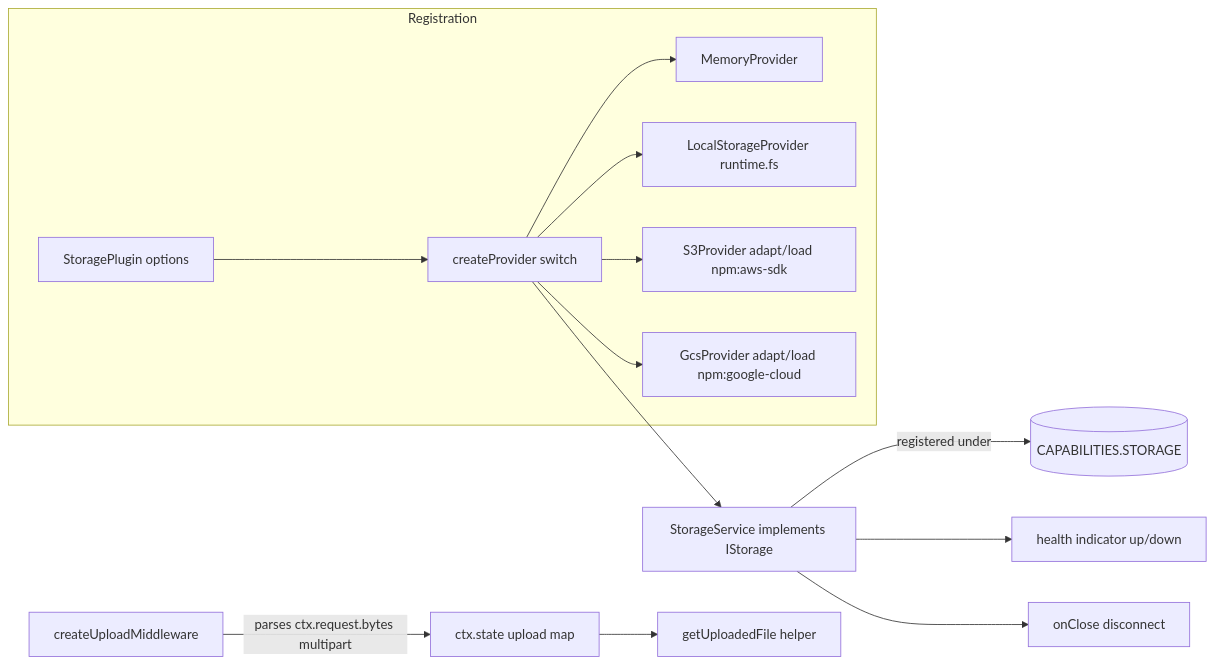
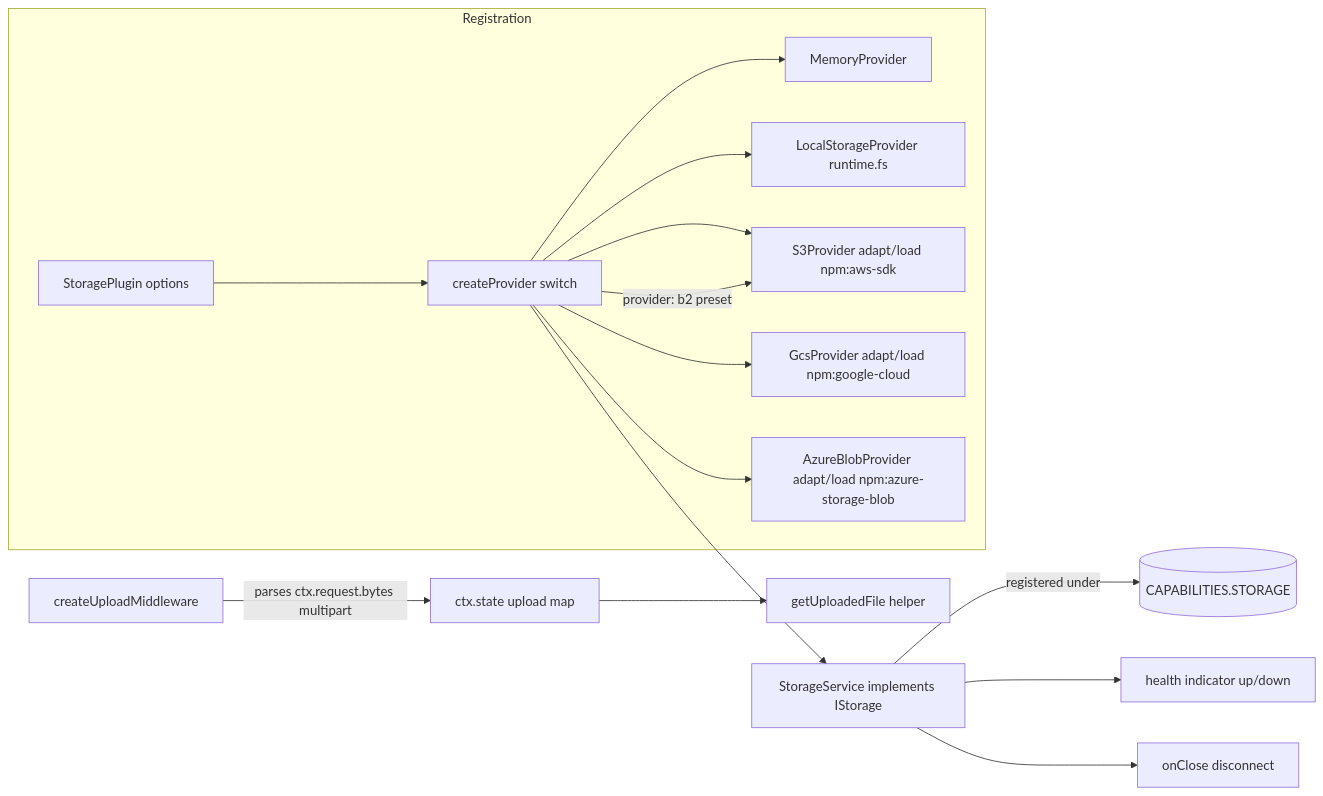
The diagram in plans/milestone-28-storage-plugin.md (setu-ts/setu-ts), drawn with Mermaid before and after one commit. The commit also changed other lines of this file, not shown here.

First line of the commit message:
docs(storage-plugin): M28 plan — 5 providers + b2 preset, optional getStream

````diff
--- a/plans/milestone-28-storage-plugin.md
+++ b/plans/milestone-28-storage-plugin.md
@@ -66,16 +75,18 @@
 ```mermaid
 flowchart LR
   subgraph Registration
     P[StoragePlugin options] --> CP[createProvider switch]
     CP --> MEM[MemoryProvider]
     CP --> LOC[LocalStorageProvider runtime.fs]
     CP --> S3[S3Provider adapt/load npm:aws-sdk]
     CP --> GCS[GcsProvider adapt/load npm:google-cloud]
+    CP --> AZ[AzureBlobProvider adapt/load npm:azure-storage-blob]
+    CP -->|provider: b2 preset| S3
   end
   CP --> SV[StorageService implements IStorage]
   SV -->|registered under| TOK[(CAPABILITIES.STORAGE)]
   SV --> HEALTH[health indicator up/down]
   SV --> CLOSE[onClose disconnect]
   UM[createUploadMiddleware] -->|parses ctx.request.bytes multipart| STATE[ctx.state upload map]
   STATE --> GETUF[getUploadedFile helper]
 ```
````
